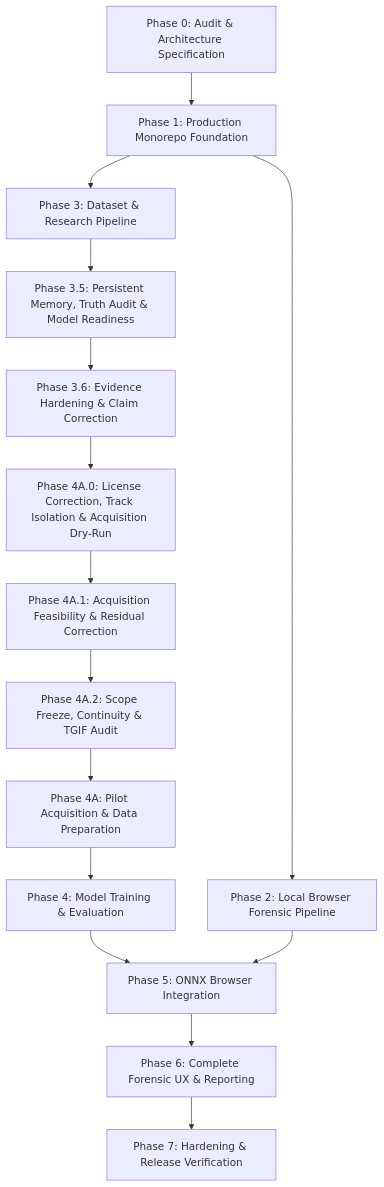
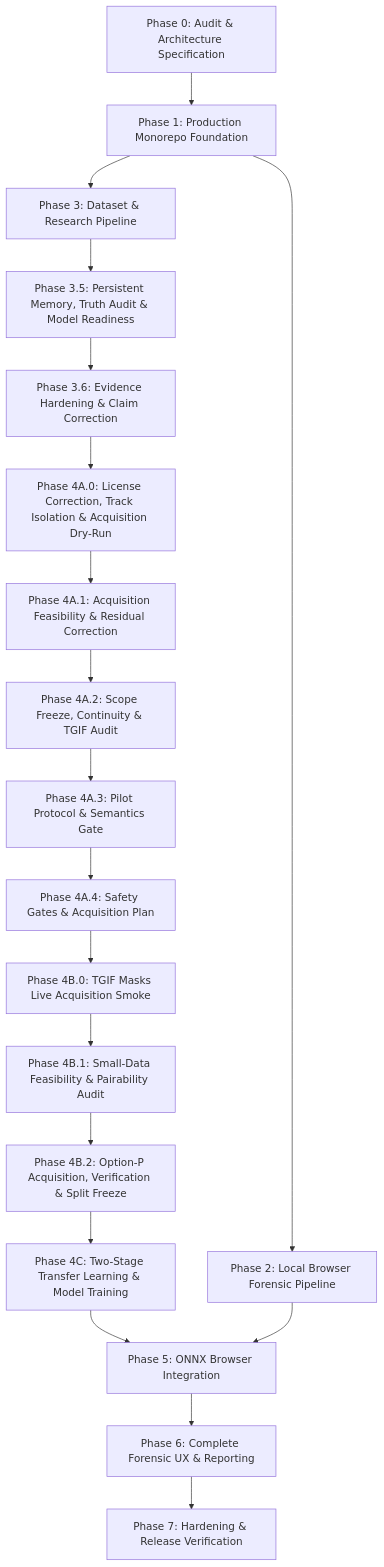
One commit to nomozer/forensics-web-lab changed the diagram in docs/BACKLOG.md. Above: the diagram before and after it, drawn with Mermaid. The commit also changed other lines of this file and 7 other files, not shown here.

````diff
--- a/docs/BACKLOG.md
+++ b/docs/BACKLOG.md
@@ -5,17 +5,21 @@
 ```mermaid
 graph TD
   P0[Phase 0: Audit & Architecture Specification] --> P1[Phase 1: Production Monorepo Foundation]
   P1 --> P2[Phase 2: Local Browser Forensic Pipeline]
   P1 --> P3[Phase 3: Dataset & Research Pipeline]
   P3 --> P35[Phase 3.5: Persistent Memory, Truth Audit & Model Readiness]
   P35 --> P36[Phase 3.6: Evidence Hardening & Claim Correction]
   P36 --> P4A0[Phase 4A.0: License Correction, Track Isolation & Acquisition Dry-Run]
   P4A0 --> P4A1[Phase 4A.1: Acquisition Feasibility & Residual Correction]
   P4A1 --> P4A2[Phase 4A.2: Scope Freeze, Continuity & TGIF Audit]
-  P4A2 --> P4A[Phase 4A: Pilot Acquisition & Data Preparation]
-  P4A --> P4[Phase 4: Model Training & Evaluation]
-  P4 --> P5[Phase 5: ONNX Browser Integration]
+  P4A2 --> P4A3[Phase 4A.3: Pilot Protocol & Semantics Gate]
+  P4A3 --> P4A4[Phase 4A.4: Safety Gates & Acquisition Plan]
+  P4A4 --> P4B0[Phase 4B.0: TGIF Masks Live Acquisition Smoke]
+  P4B0 --> P4B1[Phase 4B.1: Small-Data Feasibility & Pairability Audit]
+  P4B1 --> P4B2[Phase 4B.2: Option-P Acquisition, Verification & Split Freeze]
+  P4B2 --> P4C[Phase 4C: Two-Stage Transfer Learning & Model Training]
+  P4C --> P5[Phase 5: ONNX Browser Integration]
   P2 --> P5
   P5 --> P6[Phase 6: Complete Forensic UX & Reporting]
   P6 --> P7[Phase 7: Hardening & Release Verification]
 ```
````
